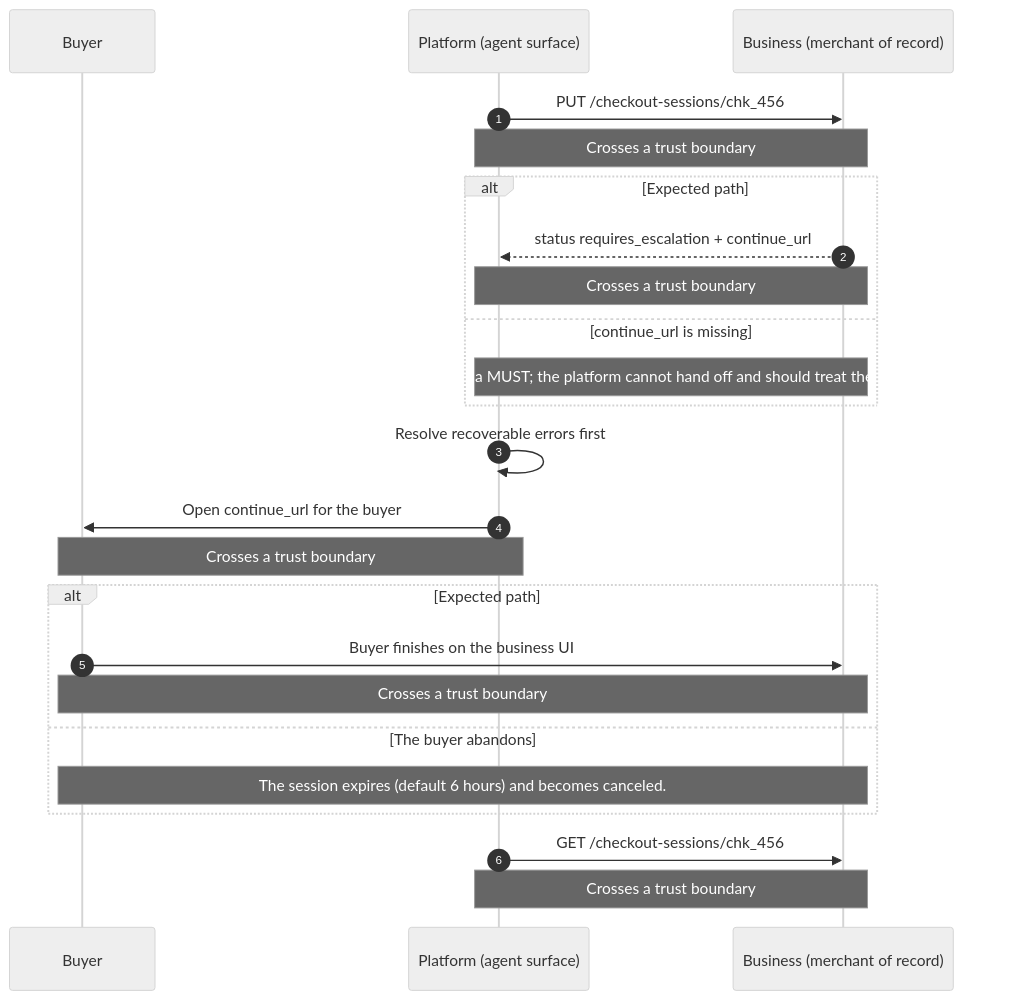
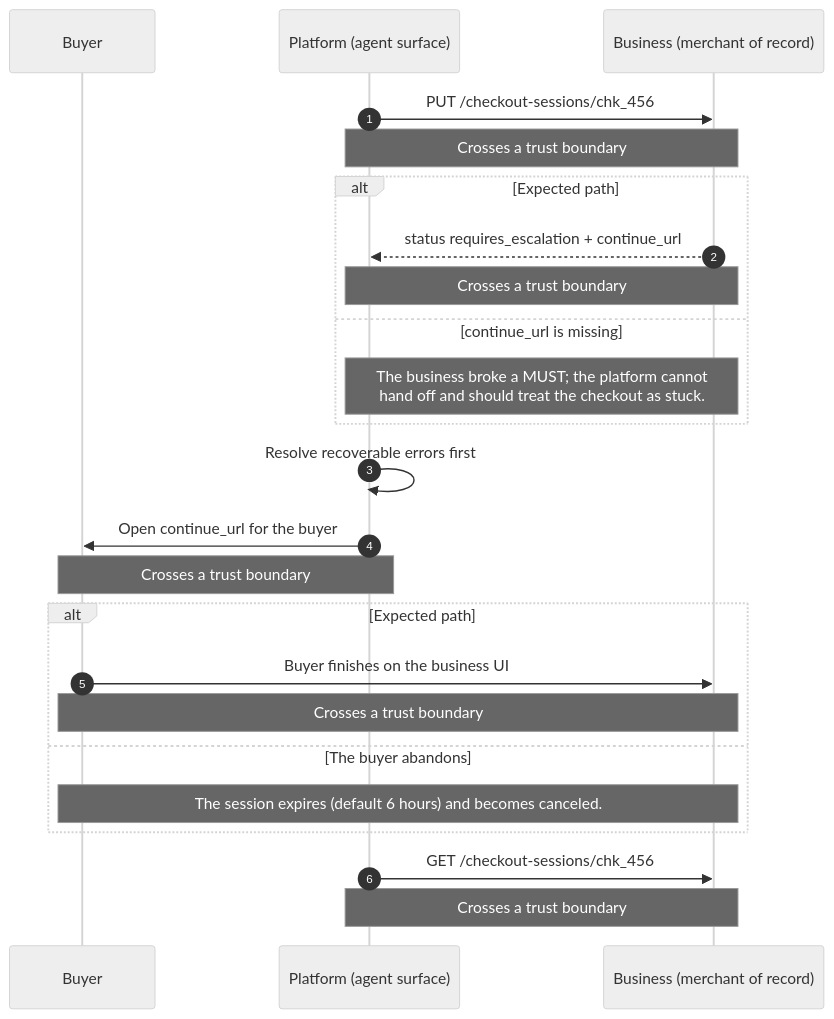
The diagram in src/generated/mermaid/ucp-checkout-escalation.mmd (mercesAI/agentic-rails-atlas), drawn with Mermaid (neutral theme) before and after one commit. The commit also changed 353 other files, not shown here.

Commit message:
feat(diagrams): wide and readable renders: dagre layout, 16 px text, 300 px label wrap, pre-wrapped sequence messages, no entity codes in state transitions, label halo; shared id-suffix module; --dir guard and font versions in the render cache key

```diff
--- a/src/generated/mermaid/ucp-checkout-escalation.mmd
+++ b/src/generated/mermaid/ucp-checkout-escalation.mmd
@@ -1,26 +1,26 @@
 sequenceDiagram
   accTitle: UCP alternative path: requires_escalation and handoff through continue_url
   accDescr: Sequence diagram: UCP alternative path: requires_escalation and handoff through continue_url. 3 participants: Buyer, Platform (agent surface), and Business (merchant of record). 6 steps, 5 crossing a trust boundary, 2 failure branches. Based on ucp 2026-08-25 (2026-08-25). Step 1: Platform (agent surface) to Business (merchant of record): PUT /checkout-sessions/chk_456. This step crosses a trust boundary. Step 2: Business (merchant of record) to Platform (agent surface): status requires_escalation + continue_url. This step crosses a trust boundary. If continue_url is missing: The business broke a MUST the platform cannot hand off and should treat the checkout as stuck. Step 3: Platform (agent surface) to Platform (agent surface): Resolve recoverable errors first. Step 4: Platform (agent surface) to Buyer: Open continue_url for the buyer. This step crosses a trust boundary. Step 5: Buyer to Business (merchant of record): Buyer finishes on the business UI. This step crosses a trust boundary. If The buyer abandons: The session expires (default 6 hours) and becomes canceled. Step 6: Platform (agent surface) to Business (merchant of record): GET /checkout-sessions/chk_456. This step crosses a trust boundary.
   autonumber
   participant p_buyer as Buyer
   participant p_platform as Platform (agent surface)
   participant p_business as Business (merchant of record)
   p_platform->>p_business: PUT /checkout-sessions/chk_456
   Note over p_platform,p_business: Crosses a trust boundary
   alt Expected path
     p_business-->>p_platform: status requires_escalation + continue_url
     Note over p_business,p_platform: Crosses a trust boundary
   else continue_url is missing
-    Note over p_business,p_platform: The business broke a MUST#59; the platform cannot hand off and should treat the checkout as stuck.
+    Note over p_business,p_platform: The business broke a MUST#59; the platform cannot<br/>hand off and should treat the checkout as stuck.
   end
   p_platform->>p_platform: Resolve recoverable errors first
   p_platform->>p_buyer: Open continue_url for the buyer
   Note over p_platform,p_buyer: Crosses a trust boundary
   alt Expected path
     p_buyer->>p_business: Buyer finishes on the business UI
     Note over p_buyer,p_business: Crosses a trust boundary
   else The buyer abandons
     Note over p_buyer,p_business: The session expires (default 6 hours) and becomes canceled.
   end
   p_platform->>p_business: GET /checkout-sessions/chk_456
   Note over p_platform,p_business: Crosses a trust boundary
```
